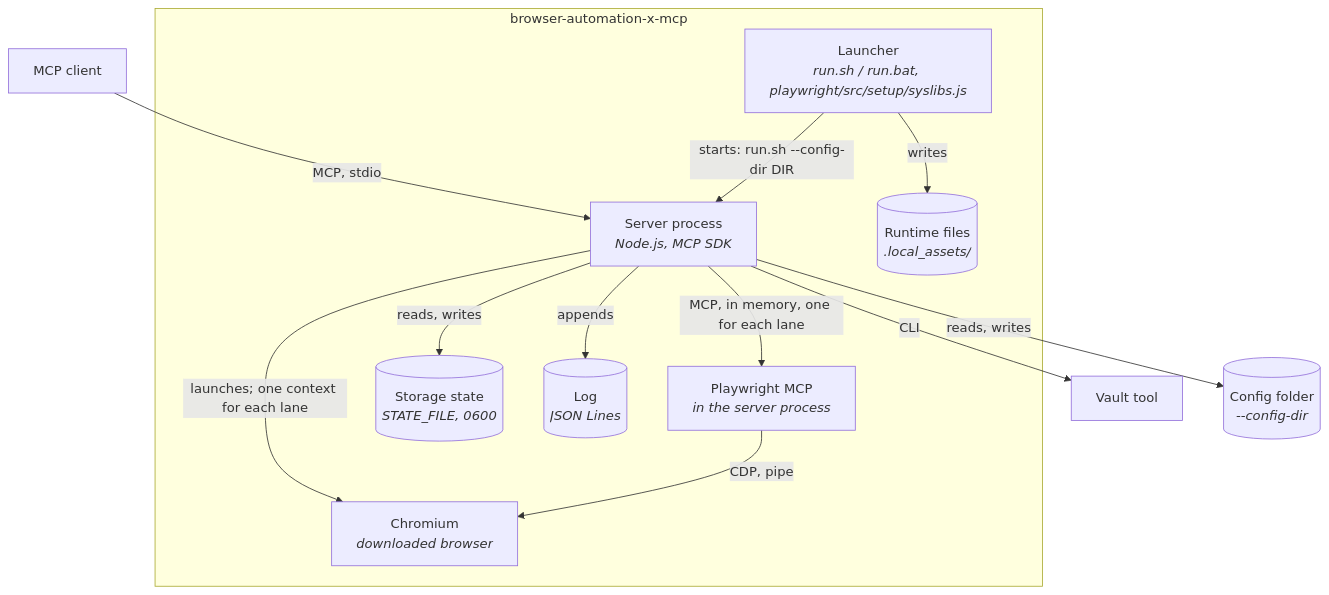
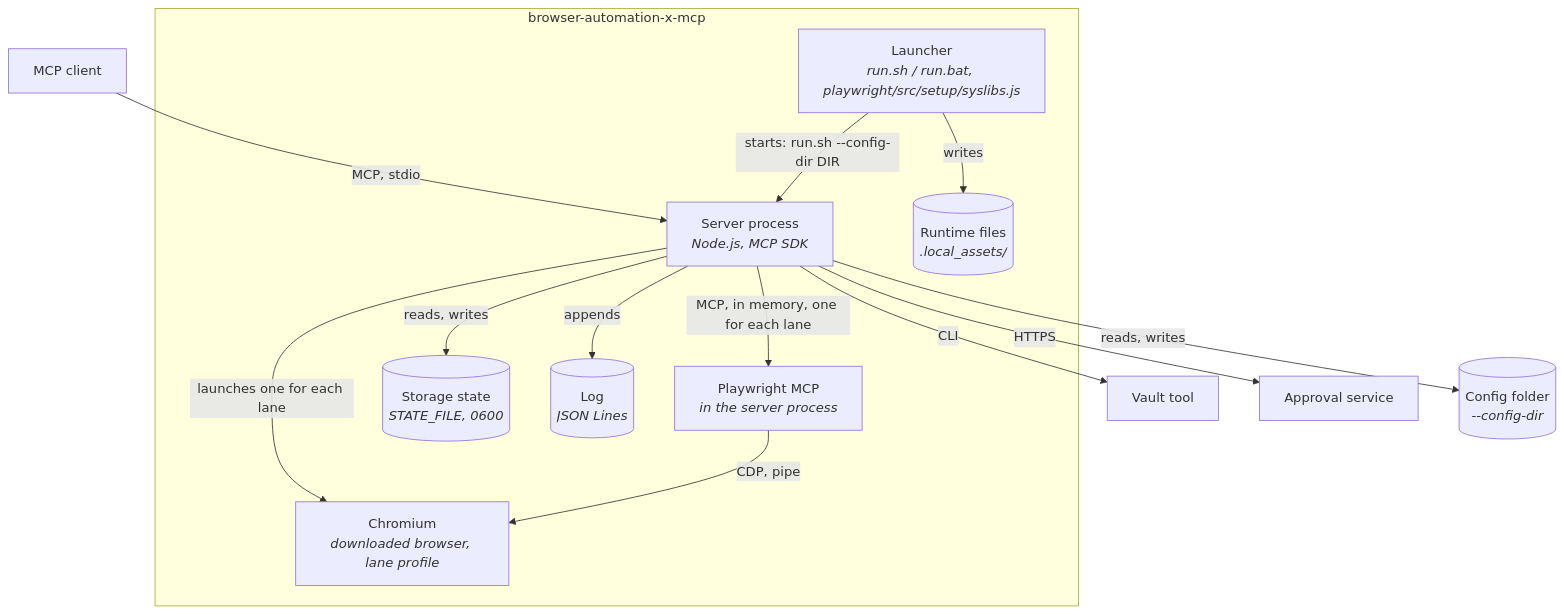
Before and after one commit to npstash/shared: the second of 9 diagrams in tools/browser-automation-x-mcp/sdd/DESIGN.md, drawn with Mermaid. The commit also changed other lines of this file and 51 other files, not shown here.

Commit message:
browser-automation-x-mcp: JSON configs, provider kinds with value matching, discovery into sites.json, approval providers

````diff
--- a/tools/browser-automation-x-mcp/sdd/DESIGN.md
+++ b/tools/browser-automation-x-mcp/sdd/DESIGN.md
@@ -63,15 +67,16 @@
 ```mermaid
 flowchart TD
     C[MCP client] -->|MCP, stdio| F
     subgraph S[browser-automation-x-mcp]
         L[Launcher<br/><i>run.sh / run.bat, playwright/src/setup/syslibs.js</i>] -->|starts: run.sh --config-dir DIR| F[Server process<br/><i>Node.js, MCP SDK</i>]
         F -->|MCP, in memory, one for each lane| M[Playwright MCP<br/><i>in the server process</i>]
-        F -->|launches; one context for each lane| B[Chromium<br/><i>downloaded browser</i>]
+        F -->|launches one for each lane| B[Chromium<br/><i>downloaded browser, lane profile</i>]
         M -->|CDP, pipe| B
         F -->|reads, writes| ST[(Storage state<br/><i>STATE_FILE, 0600</i>)]
         F -->|appends| G[(Log<br/><i>JSON Lines</i>)]
         L -->|writes| R[(Runtime files<br/><i>.local_assets/</i>)]
     end
     F -->|CLI| V[Vault tool]
+    F -->|HTTPS| AS[Approval service]
     F -->|reads, writes| K[(Config folder<br/><i>--config-dir</i>)]
 ```
````
